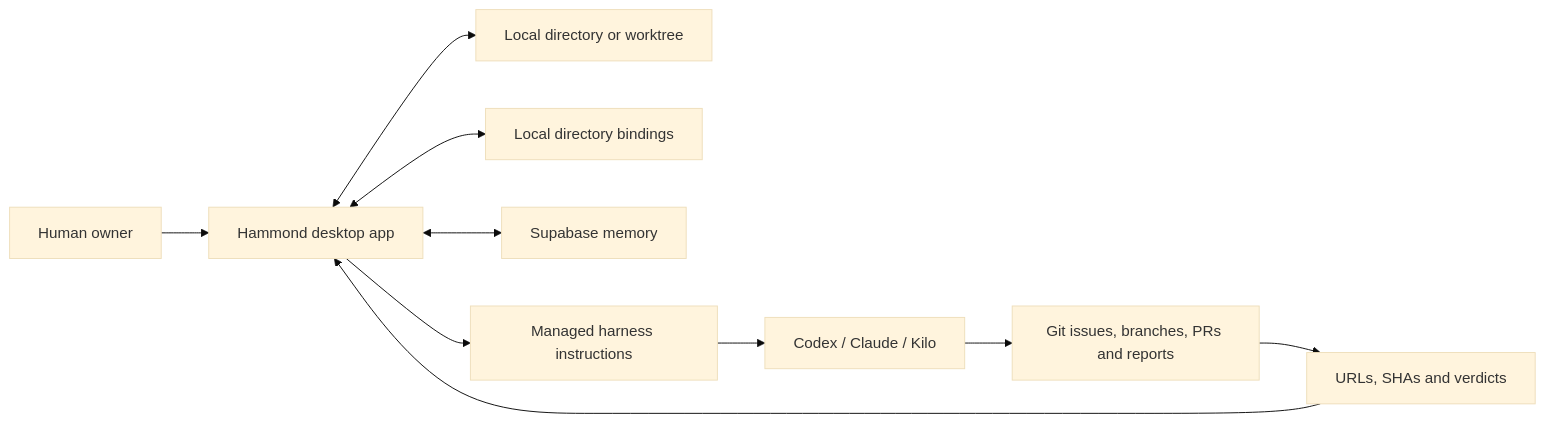
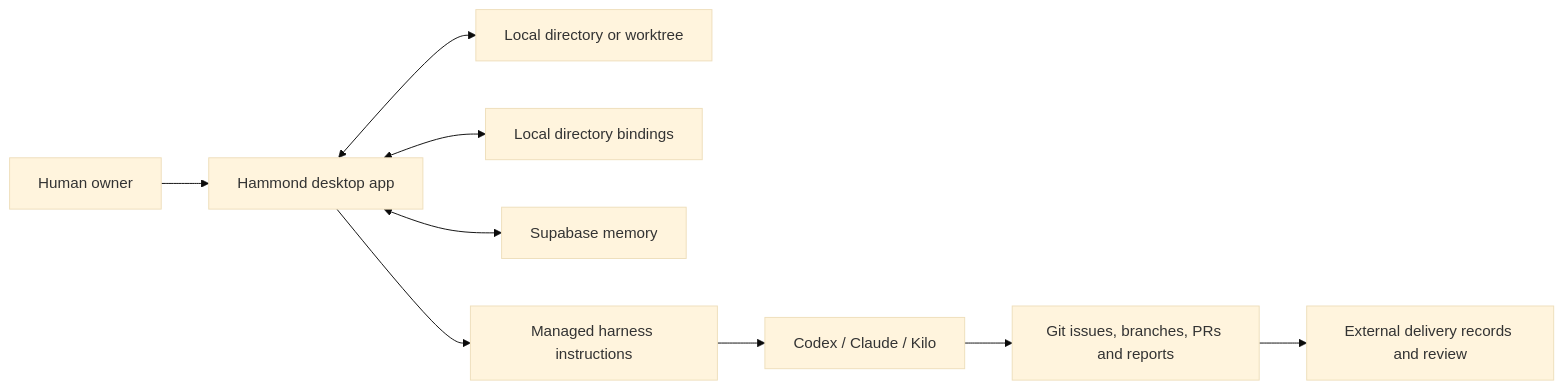
The diagram in docs/ARCHITECTURE.md (Ipat-O/Hammond-3.0), drawn with Mermaid (base theme) before and after one commit. The commit also changed other lines of this file and 9 other files, not shown here.

````diff
--- a/docs/ARCHITECTURE.md
+++ b/docs/ARCHITECTURE.md
@@ -17,12 +17,11 @@
 ```mermaid
 flowchart LR
     Owner["Human owner"] --> App["Hammond desktop app"]
     App <--> Local["Local directory or worktree"]
     App <--> Settings["Local directory bindings"]
     App <--> DB["Supabase memory"]
     App --> Docs["Managed harness instructions"]
     Docs --> Agents["Codex / Claude / Kilo"]
     Agents --> Git["Git issues, branches, PRs and reports"]
-    Git --> Evidence["URLs, SHAs and verdicts"]
-    Evidence --> App
+    Git --> Evidence["External delivery records and review"]
 ```
````
